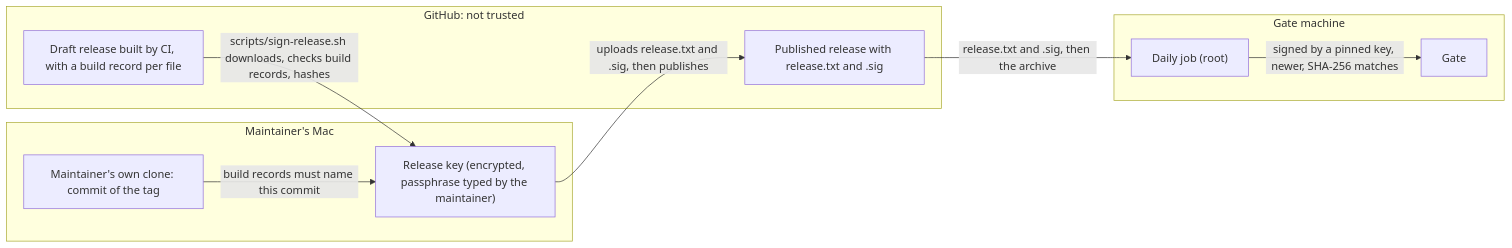
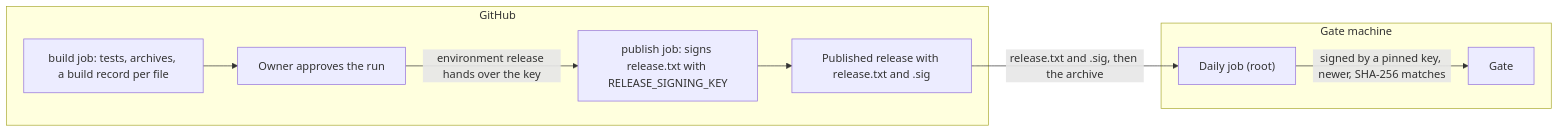
Before and after one commit to Phygital-Key/phygital-key: the second of 2 diagrams in docs/threat-model.md, drawn with Mermaid. The commit also changed other lines of this file and 42 other files, not shown here.

Commit message:
Release signing with a GitHub environment key behind owner approval (scripts/release-key.sh), pinned release key; project moves to the Phygital-Key organisation

````diff
--- a/docs/threat-model.md
+++ b/docs/threat-model.md
@@ -103,20 +105,18 @@
 ```mermaid
 flowchart LR
-  subgraph MAC["Maintainer's Mac"]
-    K["Release key (encrypted, passphrase typed by the maintainer)"]
-    CL["Maintainer's own clone: commit of the tag"]
-  end
-  subgraph GH["GitHub: not trusted"]
-    DR["Draft release built by CI, with a build record per file"]
+  subgraph GH["GitHub"]
+    B["build job: tests, archives, a build record per file"]
+    A["Owner approves the run"]
+    P["publish job: signs release.txt with RELEASE_SIGNING_KEY"]
     PUB["Published release with release.txt and .sig"]
   end
   subgraph GM["Gate machine"]
     J["Daily job (root)"]
     G["Gate"]
   end
-  DR -->|"scripts/sign-release.sh downloads, checks build records, hashes"| K
-  CL -->|"build records must name this commit"| K
-  K -->|"uploads release.txt and .sig, then publishes"| PUB
+  B --> A
+  A -->|"environment release hands over the key"| P
+  P --> PUB
   PUB -->|"release.txt and .sig, then the archive"| J
   J -->|"signed by a pinned key, newer, SHA-256 matches"| G
 ```
````
